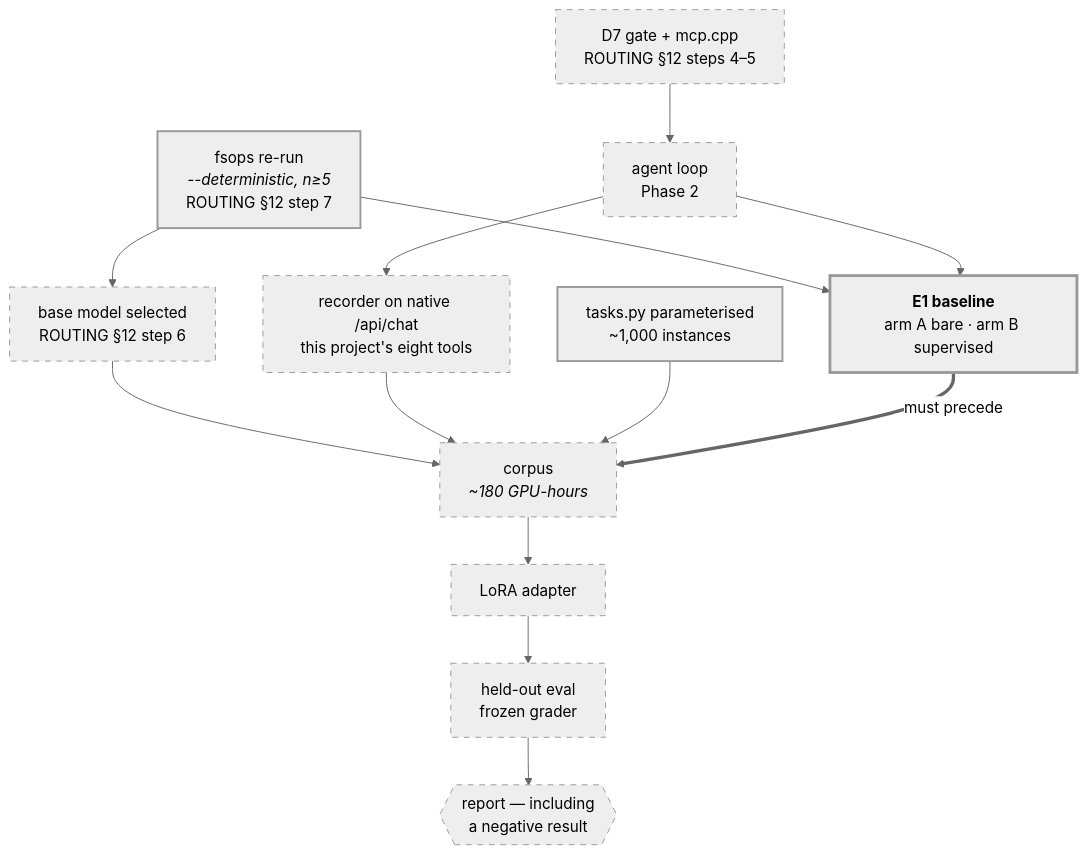
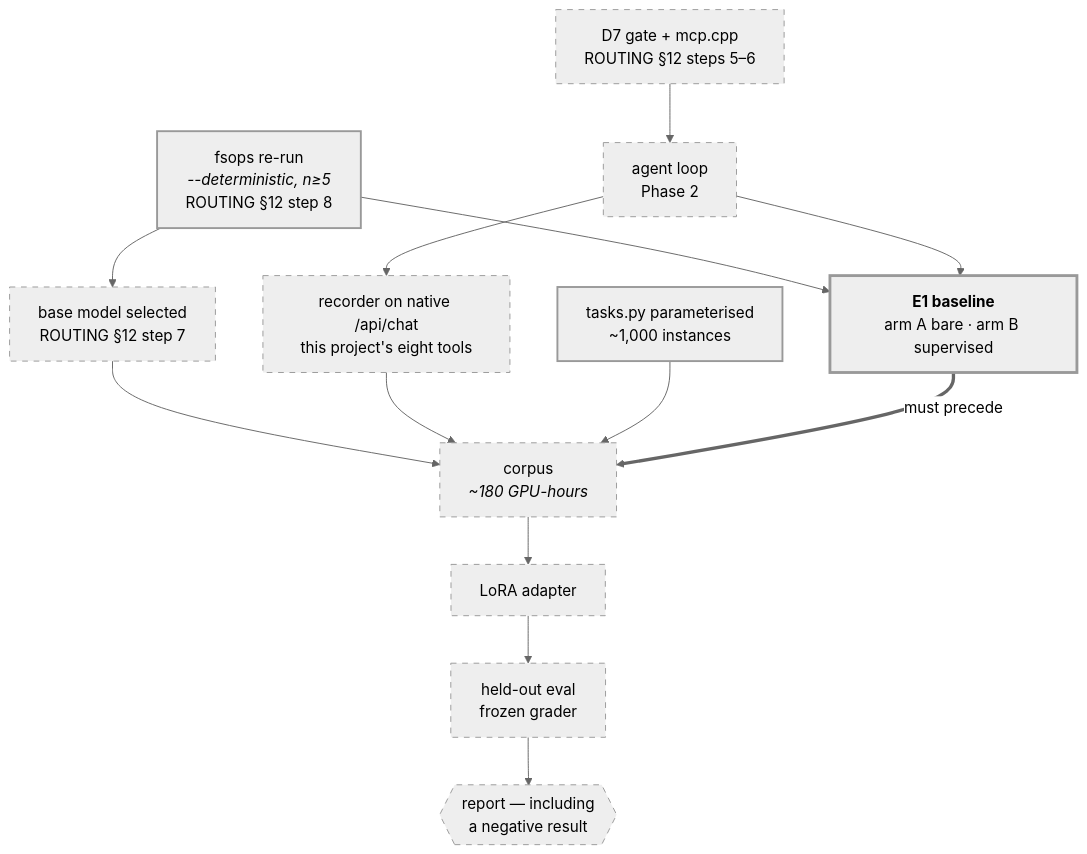
Before and after one commit to Jeagermeister/Hermes-Cpp: the diagram in bench/distill/DESIGN.md, drawn with Mermaid (neutral theme). The commit also changed other lines of this file and 19 other files, not shown here.

````diff
--- a/bench/distill/DESIGN.md
+++ b/bench/distill/DESIGN.md
@@ -73,34 +73,34 @@
 ```mermaid
 flowchart TB
-    RERUN["fsops re-run<br/><i>--deterministic, n≥5</i><br/>ROUTING §12 step 7"]
-    GATE["D7 gate + mcp.cpp<br/>ROUTING §12 steps 4–5"]
+    RERUN["fsops re-run<br/><i>--deterministic, n≥5</i><br/>ROUTING §12 step 8"]
+    GATE["D7 gate + mcp.cpp<br/>ROUTING §12 steps 5–6"]
     LOOP["agent loop<br/>Phase 2"]
 
-    BASE["base model selected<br/>ROUTING §12 step 6"]
+    BASE["base model selected<br/>ROUTING §12 step 7"]
     E1["<b>E1 baseline</b><br/>arm A bare · arm B supervised"]
     REC["recorder on native /api/chat<br/>this project's eight tools"]
     GEN["tasks.py parameterised<br/>~1,000 instances"]
 
     CORPUS["corpus<br/><i>~180 GPU-hours</i>"]
     TRAIN["LoRA adapter"]
     EVAL["held-out eval<br/>frozen grader"]
     OUT{{"report — including<br/>a negative result"}}
 
     RERUN --> BASE
     RERUN --> E1
     GATE --> LOOP
     LOOP --> REC
     LOOP --> E1
     BASE --> CORPUS
     REC --> CORPUS
     GEN --> CORPUS
     E1 ==>|"must precede"| CORPUS
     CORPUS --> TRAIN --> EVAL --> OUT
 
     classDef ready stroke-width:2px
     classDef pending stroke-dasharray:6
     classDef gated stroke-width:3px
     class RERUN,GEN ready
     class GATE,LOOP,BASE,REC,CORPUS,TRAIN,EVAL,OUT pending
     class E1 gated
 ```
````
